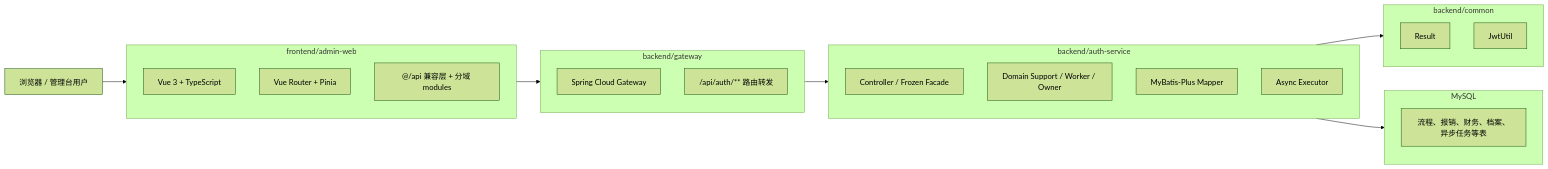
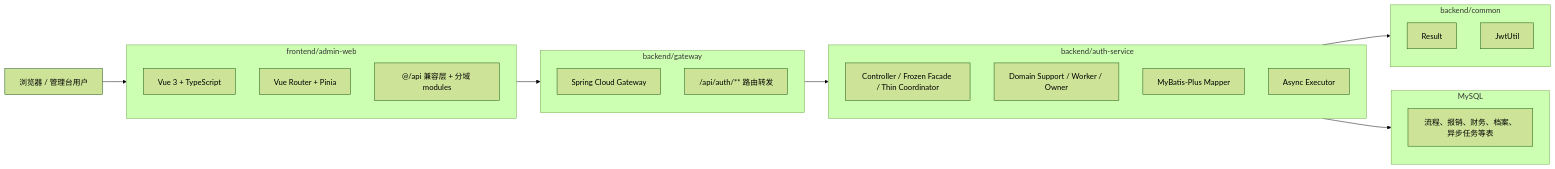
Before and after one commit to funsir555/Reimbursement-System: the diagram in docs/architecture/开发架构与线程分布.md, drawn with Mermaid (forest theme). The commit also changed other lines of this file and 105 other files, not shown here.

````diff
--- a/docs/architecture/开发架构与线程分布.md
+++ b/docs/architecture/开发架构与线程分布.md
@@ -11,37 +11,37 @@
 ```mermaid
 flowchart LR
     U["浏览器 / 管理台用户"]
 
     subgraph FE["frontend/admin-web"]
         FE1["Vue 3 + TypeScript"]
         FE2["Vue Router + Pinia"]
         FE3["@/api 兼容层 + 分域 modules"]
     end
 
     subgraph GW["backend/gateway"]
         GW1["Spring Cloud Gateway"]
         GW2["/api/auth/** 路由转发"]
     end
 
     subgraph BE["backend/auth-service"]
-        BE1["Controller / Frozen Facade"]
+        BE1["Controller / Frozen Facade / Thin Coordinator"]
         BE2["Domain Support / Worker / Owner"]
         BE3["MyBatis-Plus Mapper"]
         BE4["Async Executor"]
     end
 
     subgraph CM["backend/common"]
         CM1["Result"]
         CM2["JwtUtil"]
     end
 
     subgraph DB["MySQL"]
         DB1["流程、报销、财务、档案、异步任务等表"]
     end
 
     U --> FE
     FE --> GW
     GW --> BE
     BE --> CM
     BE --> DB
 ```
````
